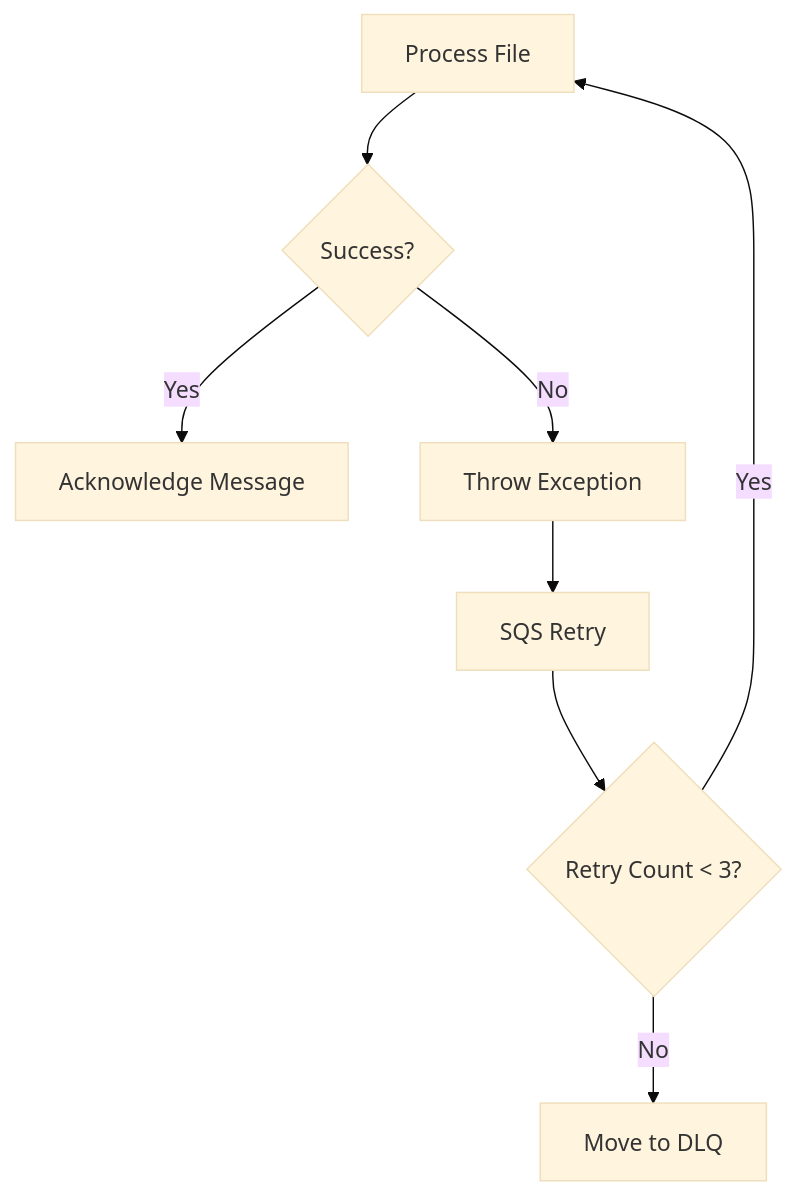
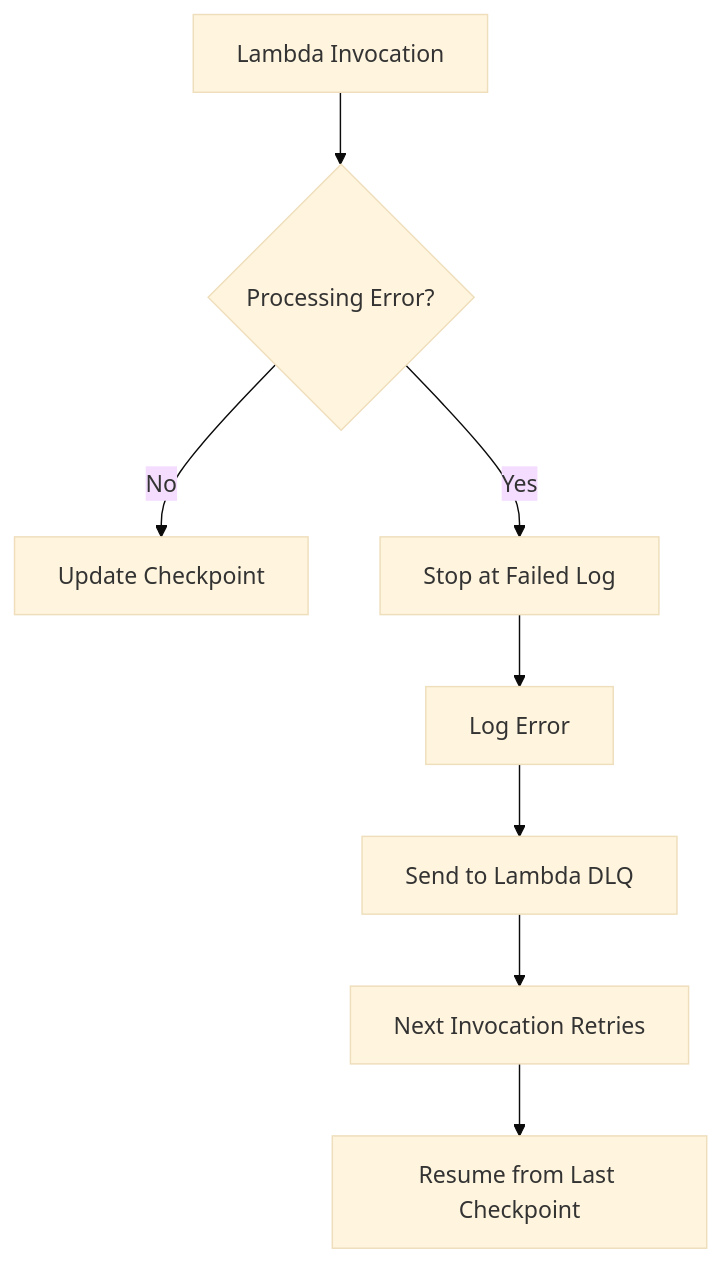
Before and after one commit to aws-samples/sample-fsx-ontap-audit-events: the fifth of 5 diagrams in .agents/summary/workflows.md, drawn with Mermaid (base theme). The commit also changed other lines of this file and 20 other files, not shown here.

````diff
--- a/.agents/summary/workflows.md
+++ b/.agents/summary/workflows.md
@@ -47,10 +126,10 @@
 ```mermaid
 flowchart TD
-    A[Process File] --> B{Success?}
-    B -->|Yes| C[Acknowledge Message]
-    B -->|No| D[Throw Exception]
-    D --> E[SQS Retry]
-    E --> F{Retry Count < 3?}
-    F -->|Yes| A
-    F -->|No| G[Move to DLQ]
+    A[Lambda Invocation] --> B{Processing Error?}
+    B -->|No| C[Update Checkpoint]
+    B -->|Yes| D[Stop at Failed Log]
+    D --> E[Log Error]
+    E --> F[Send to Lambda DLQ]
+    F --> G[Next Invocation Retries]
+    G --> H[Resume from Last Checkpoint]
 ```
````
